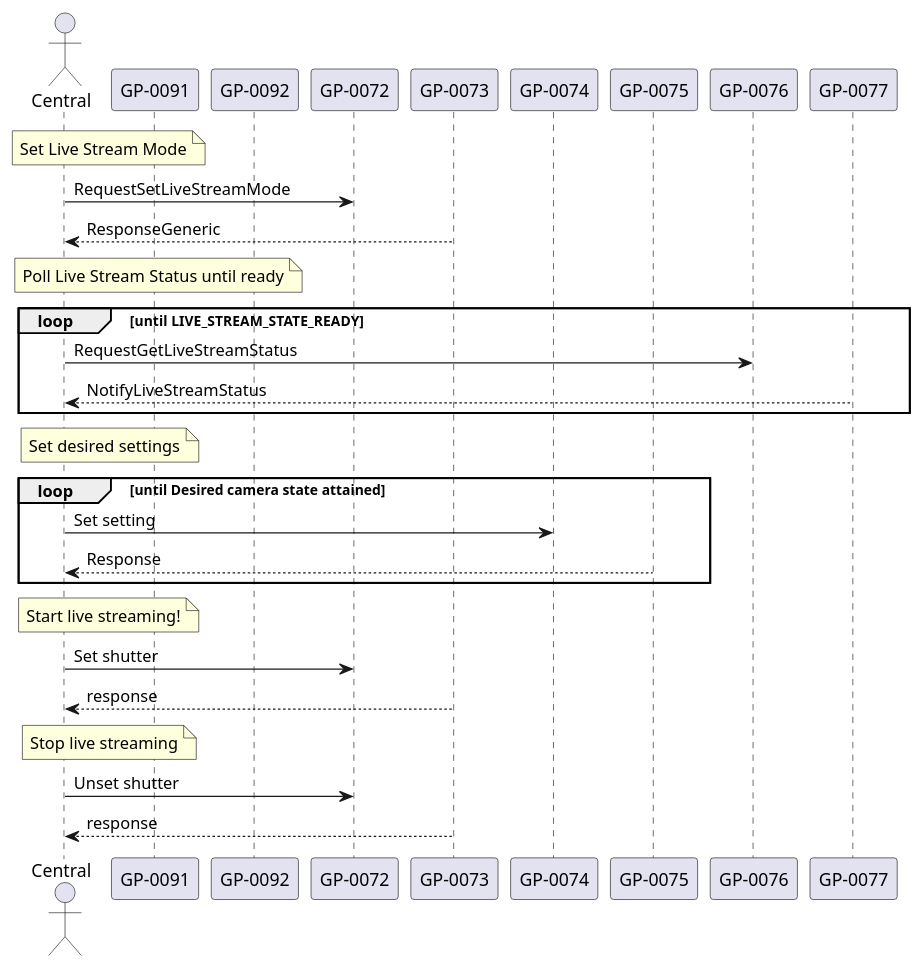
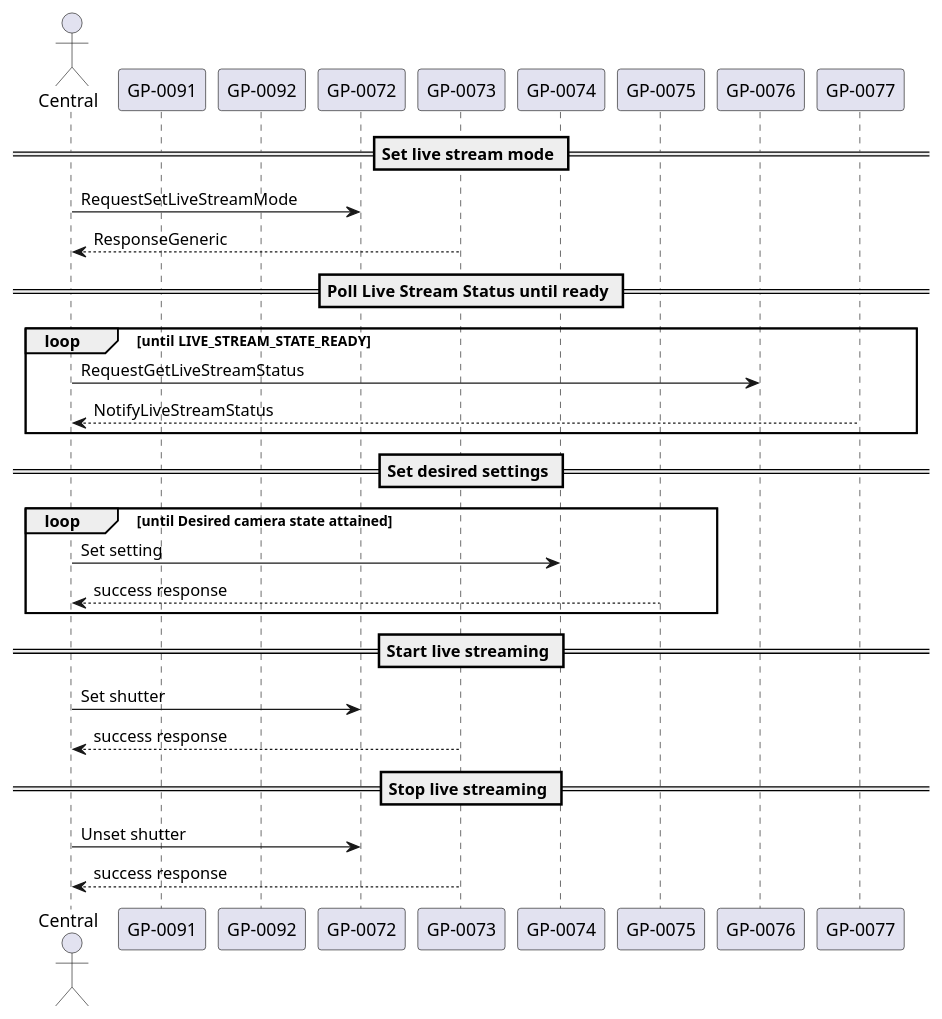
The seventh of 7 diagrams in docs/specs/ble_versions/ble_2_0.md (gopro/OpenGoPro), drawn with PlantUML before and after one commit. The commit also changed other lines of this file and 4 other files, not shown here.

````diff
--- a/docs/specs/ble_versions/ble_2_0.md
+++ b/docs/specs/ble_versions/ble_2_0.md
@@ -4523,40 +4600,41 @@
 ```plantuml!
 
 
 actor Central
 participant "GP-0091" as GP0091
 participant "GP-0092" as GP0092
 participant "GP-0072" as GP0072
 participant "GP-0073" as GP0073
 participant "GP-0074" as GP0074
 participant "GP-0075" as GP0075
 participant "GP-0076" as GP0076
 participant "GP-0077" as GP0077
 
-note over Central, GP0091: Set Live Stream Mode
+== Set live stream mode ==
 Central  -> GP0072 : RequestSetLiveStreamMode
 Central <-- GP0073 : ResponseGeneric
 
-note over Central, GP0092: Poll Live Stream Status until ready
+== Poll Live Stream Status until ready ==
 loop until LIVE_STREAM_STATE_READY
 Central  -> GP0076 : RequestGetLiveStreamStatus
 Central <-- GP0077 : NotifyLiveStreamStatus
 end loop
 
-note over Central, GP0091 : Set desired settings
+== Set desired settings ==
 loop until Desired camera state attained
 Central  -> GP0074 : Set setting
-Central <-- GP0075 : Response
+Central <-- GP0075 : success response
 end loop
 
-note over Central, GP0091: Start live streaming!
+== Start live streaming ==
 Central  -> GP0072 : Set shutter
-Central <-- GP0073 : response
-note over Central, GP0091: Stop live streaming
+Central <-- GP0073 : success response
+
+== Stop live streaming ==
 Central  -> GP0072 : Unset shutter
-Central <-- GP0073 : response
+Central <-- GP0073 : success response
 
 
 
 
 ```
````
